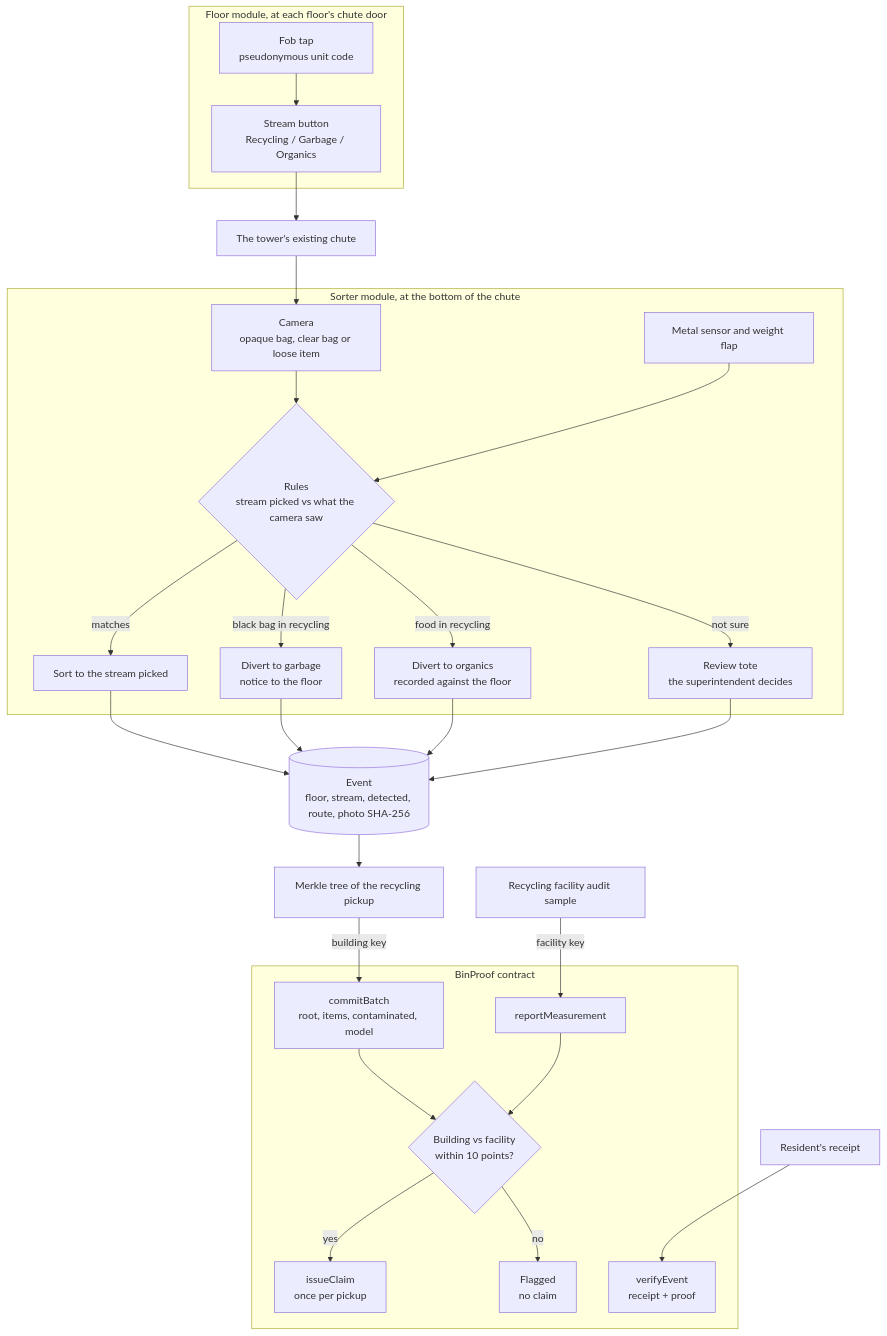
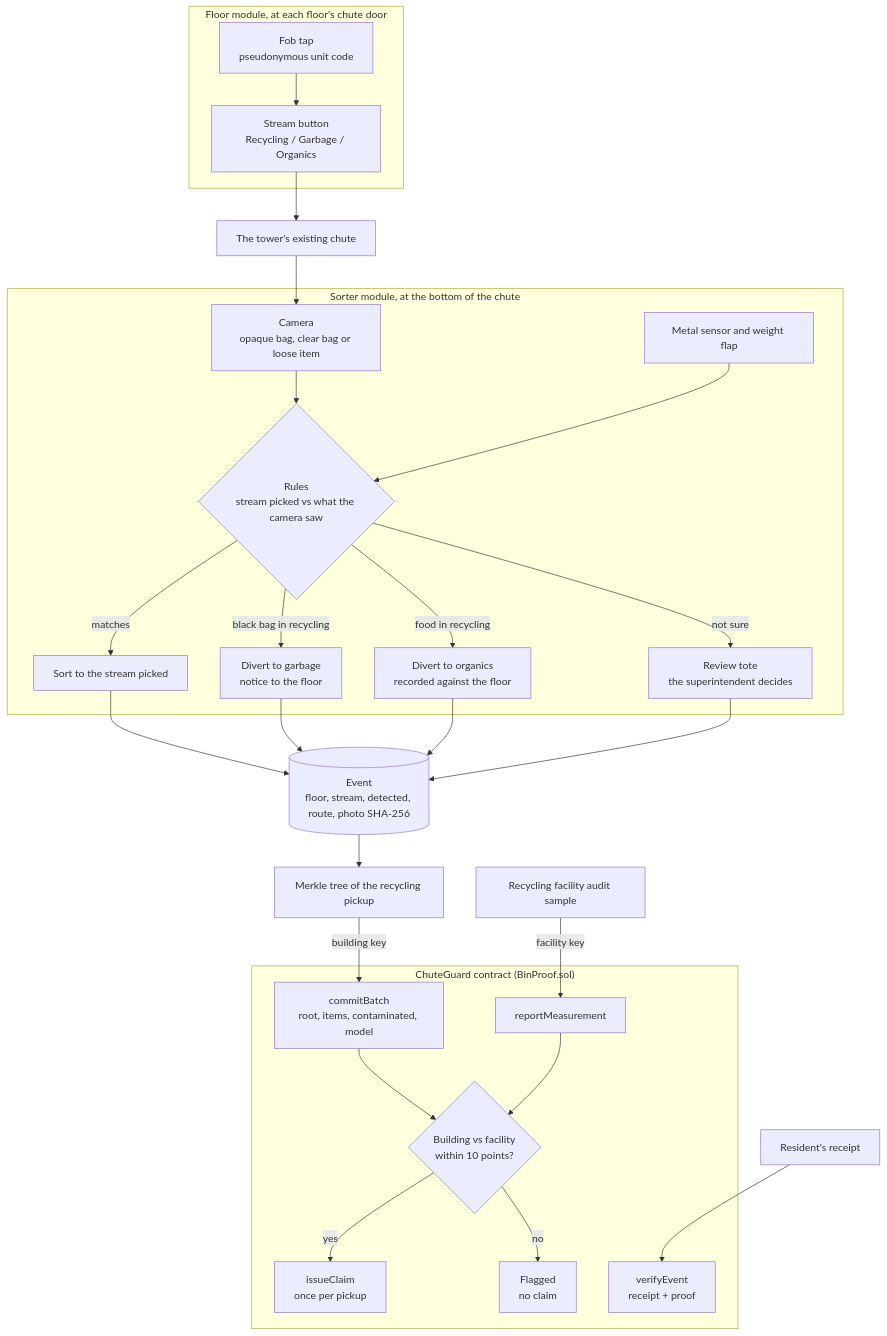
Before and after one commit to sidharthnair7/BinProof: the diagram in README.md, drawn with Mermaid. The commit also changed other lines of this file and 4 other files, not shown here.

Commit message:
Faster boot, README renamed to ChuteGuard

````diff
--- a/README.md
+++ b/README.md
@@ -54,36 +54,36 @@
 ```mermaid
 flowchart TB
   subgraph Floor["Floor module, at each floor's chute door"]
     FOB["Fob tap<br/>pseudonymous unit code"] --> BTN["Stream button<br/>Recycling / Garbage / Organics"]
   end
   BTN --> CHUTE["The tower's existing chute"]
   subgraph Sorter["Sorter module, at the bottom of the chute"]
     CAM["Camera<br/>opaque bag, clear bag or loose item"] --> RULES{"Rules<br/>stream picked vs what the camera saw"}
     SENS["Metal sensor and weight flap"] --> RULES
     RULES -->|"matches"| ROUTE["Sort to the stream picked"]
     RULES -->|"black bag in recycling"| DIVERT["Divert to garbage<br/>notice to the floor"]
     RULES -->|"food in recycling"| TOORG["Divert to organics<br/>recorded against the floor"]
     RULES -->|"not sure"| REVIEW["Review tote<br/>the superintendent decides"]
   end
   CHUTE --> CAM
   ROUTE --> EVENT[("Event<br/>floor, stream, detected, route, photo SHA-256")]
   DIVERT --> EVENT
   TOORG --> EVENT
   REVIEW --> EVENT
   EVENT --> TREE["Merkle tree of the recycling pickup"]
-  subgraph Chain["BinProof contract"]
+  subgraph Chain["ChuteGuard contract (BinProof.sol)"]
     COMMIT["commitBatch<br/>root, items, contaminated, model"]
     MEAS["reportMeasurement"]
     CHECK{"Building vs facility<br/>within 10 points?"}
     CLAIM["issueClaim<br/>once per pickup"]
     FLAG["Flagged<br/>no claim"]
     VERIFY["verifyEvent<br/>receipt + proof"]
   end
   TREE -->|"building key"| COMMIT
   FAC["Recycling facility audit sample"] -->|"facility key"| MEAS
   COMMIT --> CHECK
   MEAS --> CHECK
   CHECK -->|"yes"| CLAIM
   CHECK -->|"no"| FLAG
   RECEIPT["Resident's receipt"] --> VERIFY
 ```
````
